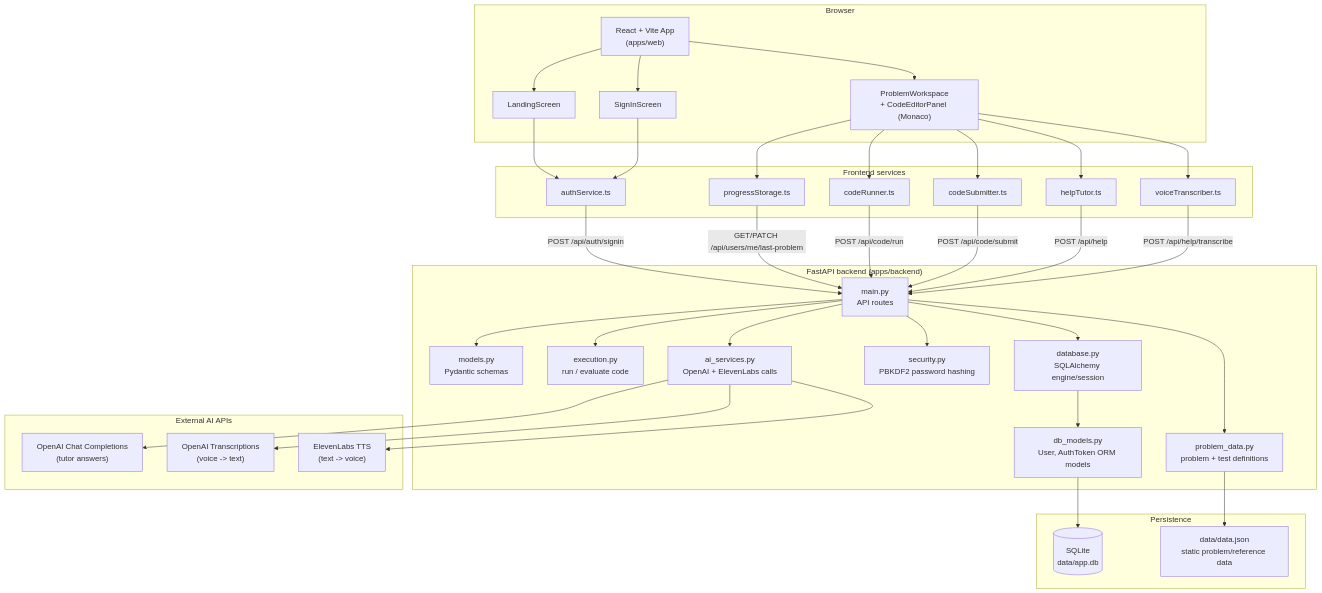
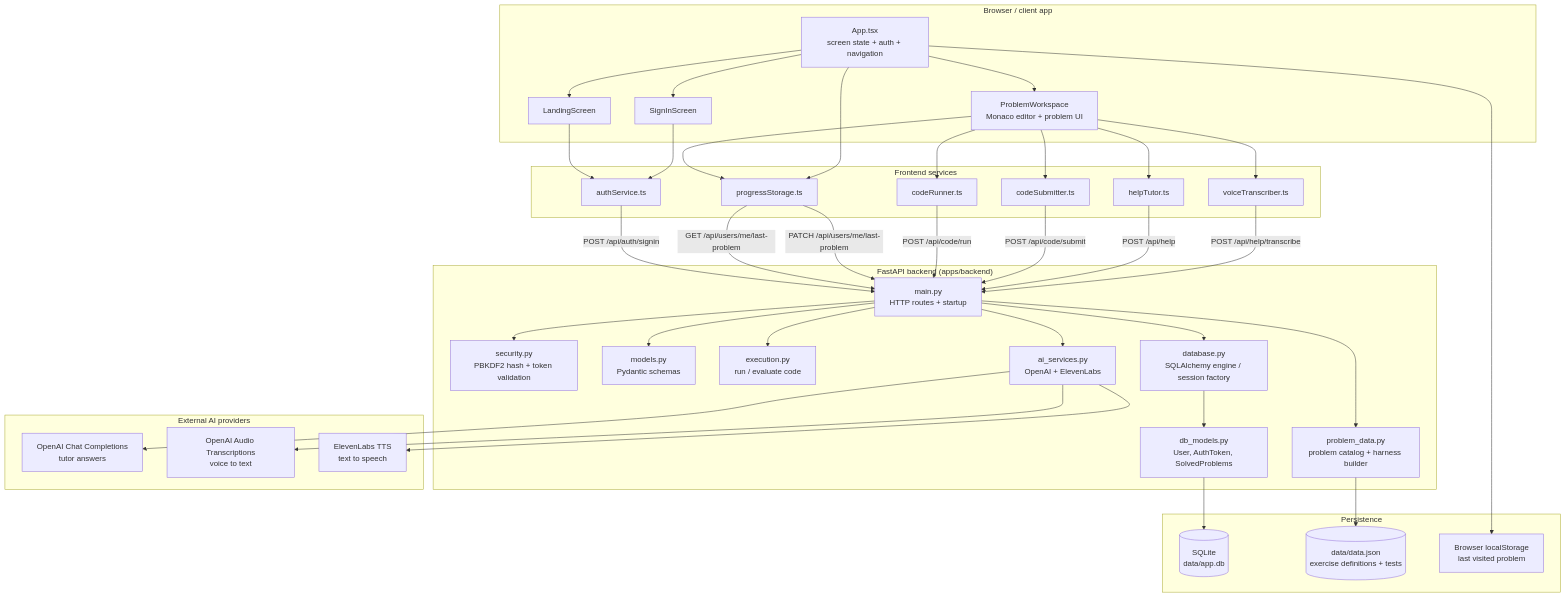
One commit to abucka/voice-ai-dsa-mentor changed the diagram in docs/architecture.md. Above: the diagram before and after it, drawn with Mermaid. The commit also changed other lines of this file, not shown here.

Commit message:
Update architecture

````diff
--- a/docs/architecture.md
+++ b/docs/architecture.md
@@ -5,72 +5,76 @@
 ```mermaid
 graph TB
-    subgraph Client["Browser"]
-        UI["React + Vite App<br/>(apps/web)"]
+    subgraph Client["Browser / client app"]
+        App["App.tsx<br/>screen state + auth + navigation"]
         Landing["LandingScreen"]
         SignIn["SignInScreen"]
-        Workspace["ProblemWorkspace<br/>+ CodeEditorPanel (Monaco)"]
-        UI --> Landing
-        UI --> SignIn
-        UI --> Workspace
+        Workspace["ProblemWorkspace<br/>Monaco editor + problem UI"]
+        App --> Landing
+        App --> SignIn
+        App --> Workspace
     end
 
-    subgraph Services["Frontend services"]
+    subgraph FrontendServices["Frontend services"]
         AuthSvc["authService.ts"]
-        CodeRunSvc["codeRunner.ts"]
+        ProgressSvc["progressStorage.ts"]
+        RunSvc["codeRunner.ts"]
         SubmitSvc["codeSubmitter.ts"]
         TutorSvc["helpTutor.ts"]
         VoiceSvc["voiceTranscriber.ts"]
-        ProgressSvc["progressStorage.ts"]
     end
 
     subgraph Backend["FastAPI backend (apps/backend)"]
-        Main["main.py<br/>API routes"]
+        Main["main.py<br/>HTTP routes + startup"]
+        Security["security.py<br/>PBKDF2 hash + token validation"]
         Models["models.py<br/>Pydantic schemas"]
-        ProblemData["problem_data.py<br/>problem + test definitions"]
+        ProblemData["problem_data.py<br/>problem catalog + harness builder"]
         Execution["execution.py<br/>run / evaluate code"]
-        AIServices["ai_services.py<br/>OpenAI + ElevenLabs calls"]
-        Security["security.py<br/>PBKDF2 password hashing"]
-        Database["database.py<br/>SQLAlchemy engine/session"]
-        DbModels["db_models.py<br/>User, AuthToken ORM models"]
+        AI["ai_services.py<br/>OpenAI + ElevenLabs"]
+        Database["database.py<br/>SQLAlchemy engine / session factory"]
+        DbModels["db_models.py<br/>User, AuthToken, SolvedProblems"]
     end
 
     subgraph Persistence["Persistence"]
         SQLite[("SQLite<br/>data/app.db")]
-        DataJson["data/data.json<br/>static problem/reference data"]
+        DataJson[("data/data.json<br/>exercise definitions + tests")]
+        LocalStorage["Browser localStorage<br/>last visited problem"]
     end
 
-    subgraph External["External AI APIs"]
-        OpenAIChat["OpenAI Chat Completions<br/>(tutor answers)"]
-        OpenAITranscribe["OpenAI Transcriptions<br/>(voice -> text)"]
-        ElevenLabs["ElevenLabs TTS<br/>(text -> voice)"]
+    subgraph External["External AI providers"]
+        OpenAIChat["OpenAI Chat Completions<br/>tutor answers"]
+        OpenAITranscribe["OpenAI Audio Transcriptions<br/>voice to text"]
+        ElevenLabs["ElevenLabs TTS<br/>text to speech"]
     end
 
     Landing --> AuthSvc
     SignIn --> AuthSvc
-    Workspace --> CodeRunSvc
+    Workspace --> RunSvc
     Workspace --> SubmitSvc
     Workspace --> TutorSvc
     Workspace --> VoiceSvc
     Workspace --> ProgressSvc
+    App --> ProgressSvc
 
     AuthSvc -->|"POST /api/auth/signin"| Main
-    ProgressSvc -->|"GET/PATCH /api/users/me/last-problem"| Main
-    CodeRunSvc -->|"POST /api/code/run"| Main
+    ProgressSvc -->|"GET /api/users/me/last-problem"| Main
+    ProgressSvc -->|"PATCH /api/users/me/last-problem"| Main
+    RunSvc -->|"POST /api/code/run"| Main
     SubmitSvc -->|"POST /api/code/submit"| Main
     TutorSvc -->|"POST /api/help"| Main
     VoiceSvc -->|"POST /api/help/transcribe"| Main
 
     Main --> Models
+    Main --> Security
     Main --> ProblemData
     Main --> Execution
-    Main --> AIServices
-    Main --> Security
+    Main --> AI
     Main --> Database
     Database --> DbModels
     DbModels --> SQLite
     ProblemData --> DataJson
+    App --> LocalStorage
 
-    AIServices --> OpenAIChat
-    AIServices --> OpenAITranscribe
-    AIServices --> ElevenLabs
+    AI --> OpenAIChat
+    AI --> OpenAITranscribe
+    AI --> ElevenLabs
 ```
````
